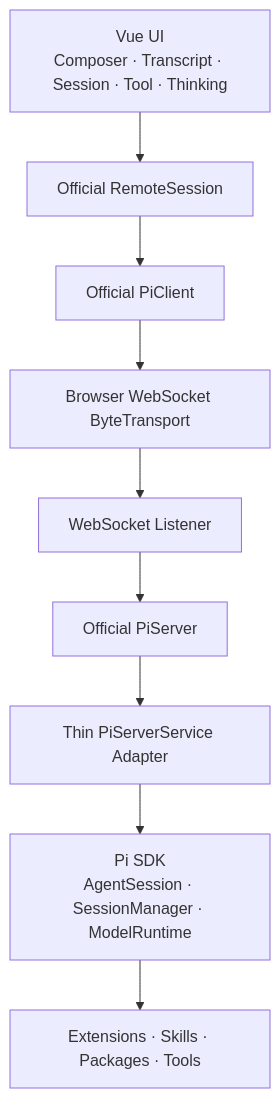
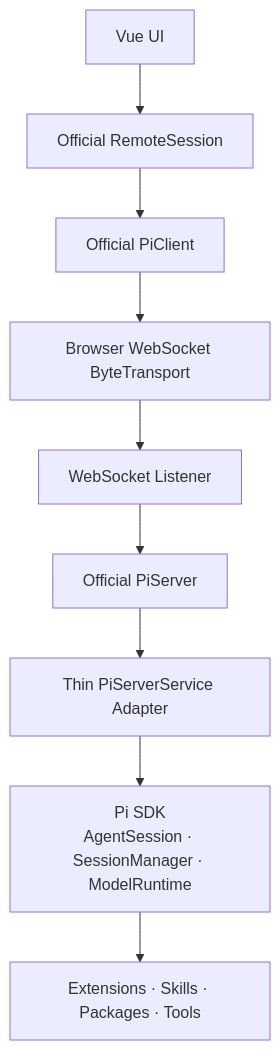
The second of 2 diagrams in ROADMAP.md (minuque/pig), drawn with Mermaid before and after one commit. The commit also changed other lines of this file and 2 other files, not shown here.

Commit message:
docs: 收敛路线图与目录结构文档，对齐 feature 模块边界

````diff
--- a/ROADMAP.md
+++ b/ROADMAP.md
@@ -96,21 +68,21 @@
 ```mermaid
 flowchart TB
-  UI[Vue UI<br/>Composer · Transcript · Session · Tool · Thinking]
+  UI[Vue UI]
   RS[Official RemoteSession]
   PC[Official PiClient]
   BT[Browser WebSocket ByteTransport]
   WL[WebSocket Listener]
   PS[Official PiServer]
   PA[Thin PiServerService Adapter]
   SDK[Pi SDK<br/>AgentSession · SessionManager · ModelRuntime]
   X[Extensions · Skills · Packages · Tools]
 
   UI --> RS
   RS --> PC
   PC --> BT
   BT --> WL
   WL --> PS
   PS --> PA
   PA --> SDK
   SDK --> X
 ```
````
